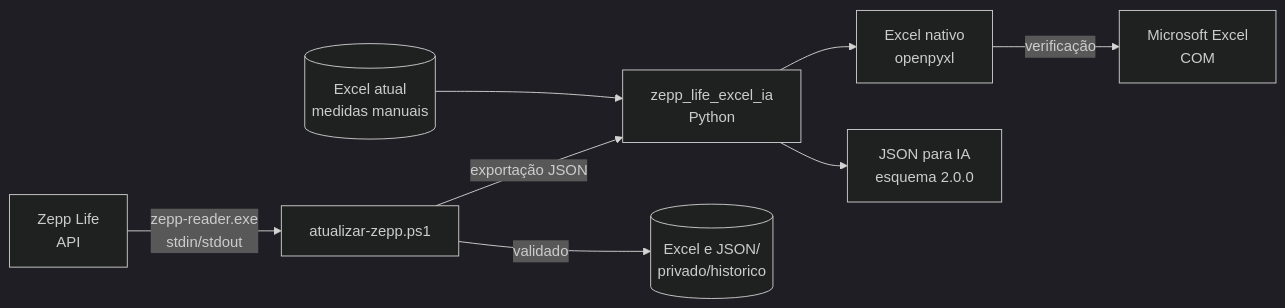
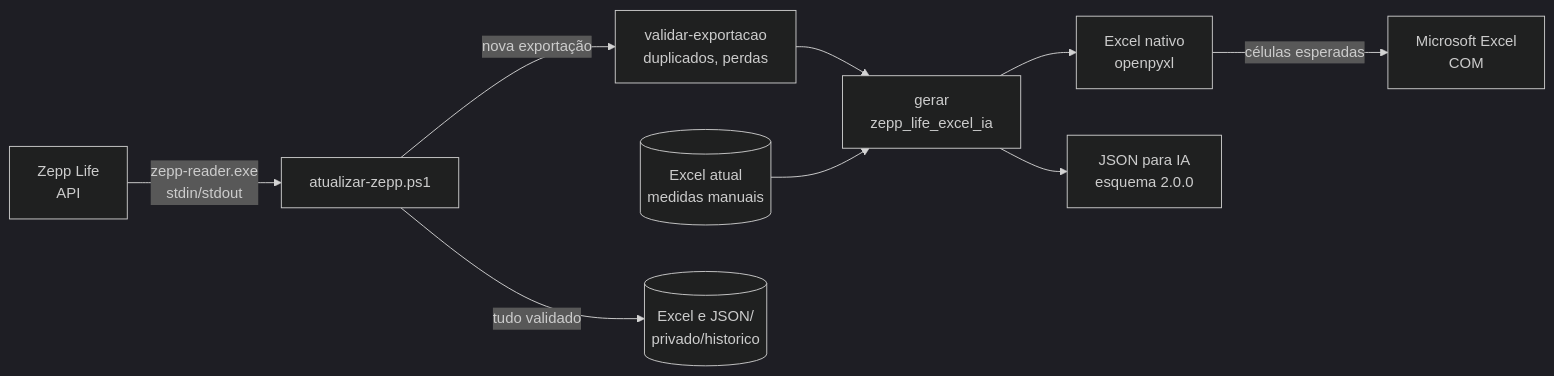
The diagram in README.md (tpereira2005/zepp-life-excel-ia), drawn with Mermaid (dark theme) before and after one commit. The commit also changed other lines of this file, not shown here.

Commit message:
README: estrutura de pastas, validação da exportação, desenvolvimento e índice da documentação

````diff
--- a/README.md
+++ b/README.md
@@ -77,10 +91,11 @@
 ```mermaid
 flowchart LR
     A[Zepp Life<br/>API] -->|zepp-reader.exe<br/>stdin/stdout| B[atualizar-zepp.ps1]
-    B -->|exportação JSON| C[zepp_life_excel_ia<br/>Python]
+    B -->|nova exportação| V[validar-exportacao<br/>duplicados, perdas]
+    V --> C[gerar<br/>zepp_life_excel_ia]
     D[(Excel atual<br/>medidas manuais)] --> C
     C --> E[Excel nativo<br/>openpyxl]
     C --> F[JSON para IA<br/>esquema 2.0.0]
-    E -->|verificação| G[Microsoft Excel<br/>COM]
-    B -->|validado| H[(Excel e JSON/<br/>privado/historico)]
+    E -->|células esperadas| G[Microsoft Excel<br/>COM]
+    B -->|tudo validado| H[(Excel e JSON/<br/>privado/historico)]
 ```
````
